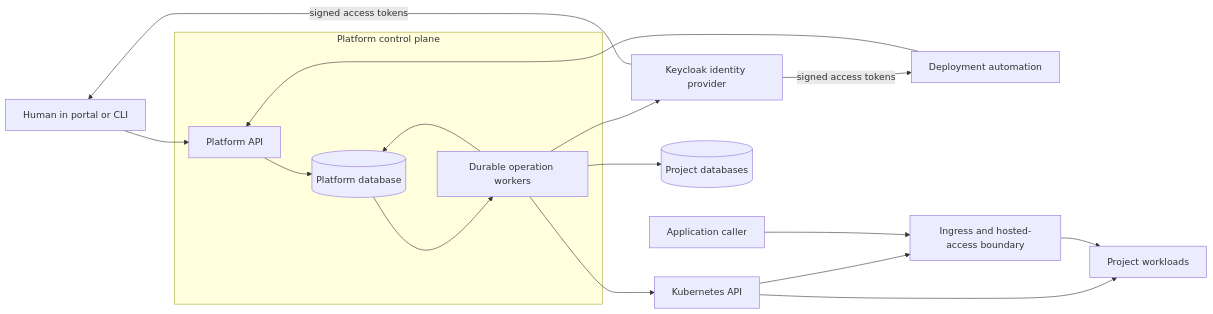
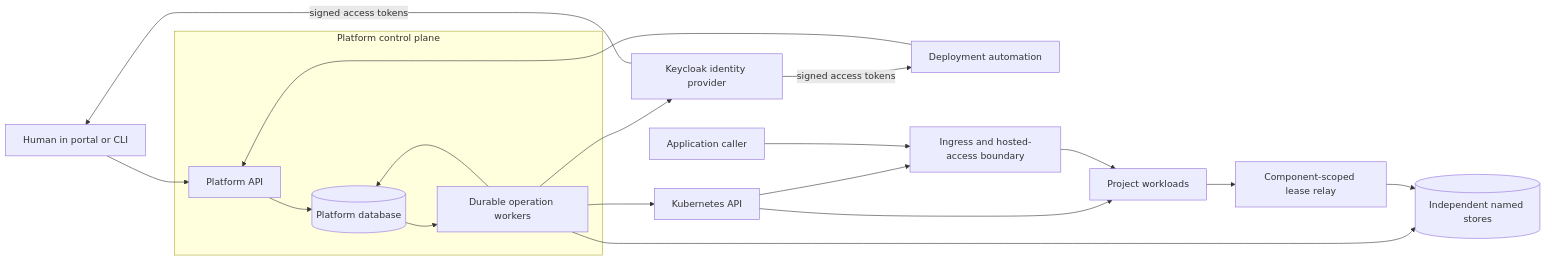
Before and after one commit to eseidinger/developer-platform: the diagram in docs/platform-model/system-model.md, drawn with Mermaid. The commit also changed other lines of this file and 65 other files, not shown here.

````diff
--- a/docs/platform-model/system-model.md
+++ b/docs/platform-model/system-model.md
@@ -20,20 +22,21 @@
 ```mermaid
 flowchart LR
     Human[Human in portal or CLI] --> API
     Automation[Deployment automation] --> API
     Keycloak[Keycloak identity provider] -->|signed access tokens| Human
     Keycloak -->|signed access tokens| Automation
 
     subgraph Control[Platform control plane]
         API[Platform API] --> DB[(Platform database)]
         DB --> Workers[Durable operation workers]
         Workers --> DB
     end
 
     Workers --> Keycloak
     Workers --> K8s[Kubernetes API]
-    Workers --> PG[(Project databases)]
+    Workers --> PG[(Independent named stores)]
+    Workloads --> Relay[Component-scoped lease relay] --> PG
     K8s --> Workloads[Project workloads]
     K8s --> Boundary[Ingress and hosted-access boundary]
     Caller[Application caller] --> Boundary --> Workloads
 ```
````
